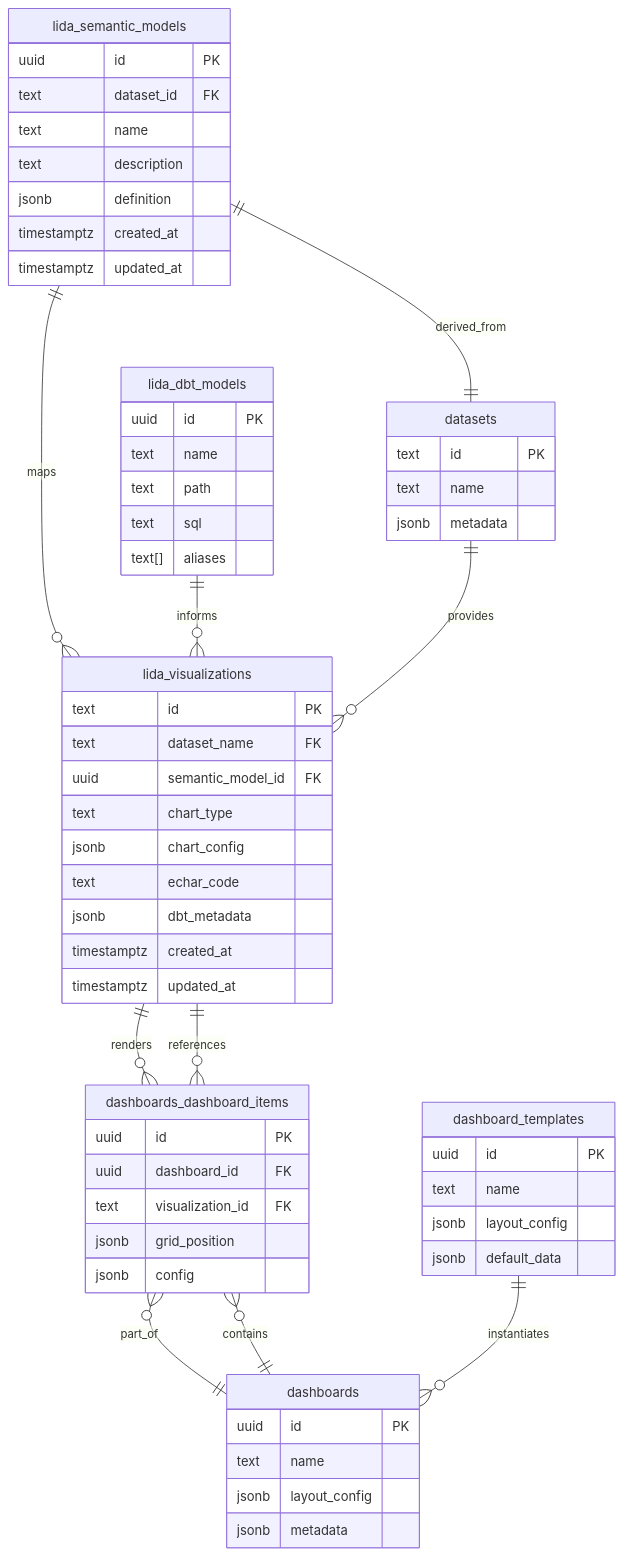
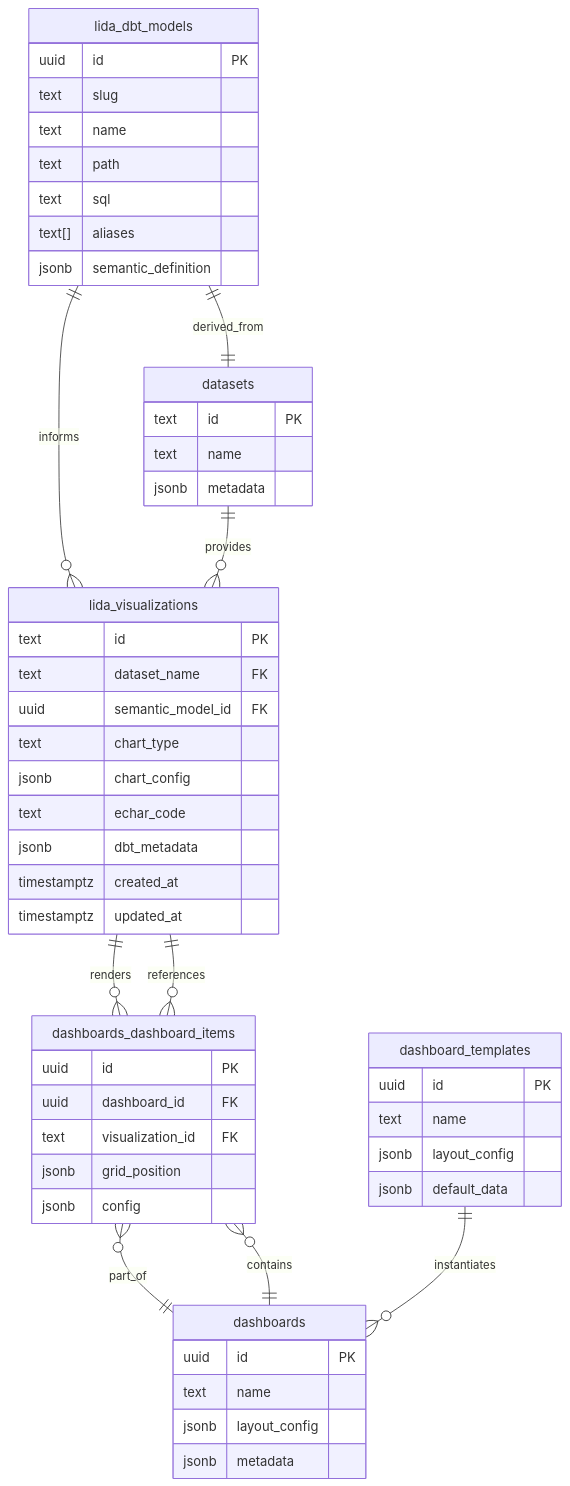
Diagram 17 of 17 in examples/copilot-chat-with-your-data/frontend/design-specs/architecture-design-v2.md (chris-han/CopilotKit), drawn with Mermaid before and after one commit. The commit also changed other lines of this file and 6 other files, not shown here.

````diff
--- a/examples/copilot-chat-with-your-data/frontend/design-specs/architecture-design-v2.md
+++ b/examples/copilot-chat-with-your-data/frontend/design-specs/architecture-design-v2.md
@@ -2766,70 +2767,61 @@
 ```mermaid
 erDiagram
     datasets ||--o{ lida_visualizations : provides
     lida_dbt_models ||--o{ lida_visualizations : informs
-    lida_semantic_models ||--o{ lida_visualizations : maps
-    lida_semantic_models ||--|| datasets : derived_from
+    lida_dbt_models ||--|| datasets : derived_from
     lida_visualizations ||--o{ dashboards_dashboard_items : renders
     dashboards ||--o{ dashboards_dashboard_items : contains
     dashboards_dashboard_items }o--|| dashboards : part_of
     dashboards_dashboard_items }o--|| lida_visualizations : references
     dashboard_templates ||--o{ dashboards : instantiates
 
     datasets {
       text id PK
       text name
       jsonb metadata
     }
 
     lida_dbt_models {
       uuid id PK
+      text slug
       text name
       text path
       text sql
       text[] aliases
-    }
-
-    lida_semantic_models {
-      uuid id PK
-      text dataset_id FK
-      text name
-      text description
-      jsonb definition
-      timestamptz created_at
-      timestamptz updated_at
+      jsonb semantic_definition
     }
 
     lida_visualizations {
       text id PK
       text dataset_name FK
       uuid semantic_model_id FK
       text chart_type
       jsonb chart_config
       text echar_code
       jsonb dbt_metadata
       timestamptz created_at
       timestamptz updated_at
     }
 
     dashboards {
       uuid id PK
       text name
       jsonb layout_config
       jsonb metadata
     }
 
     dashboards_dashboard_items {
       uuid id PK
       uuid dashboard_id FK
       text visualization_id FK
       jsonb grid_position
       jsonb config
     }
 
     dashboard_templates {
       uuid id PK
       text name
       jsonb layout_config
       jsonb default_data
     }
 ```
````
